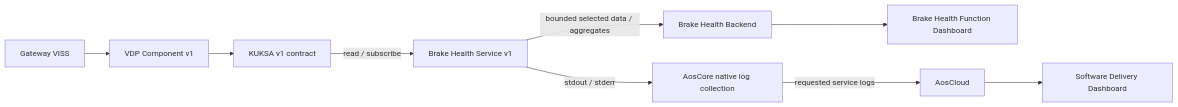
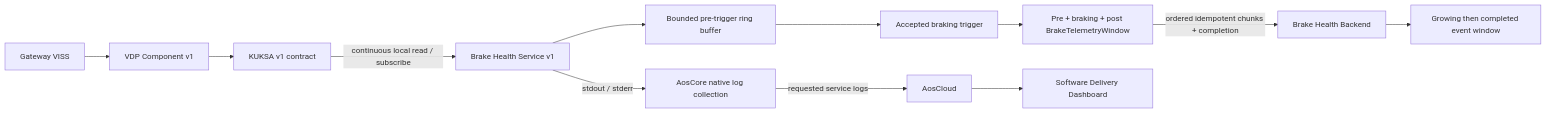
One commit to alexmaninblack/aosedge-sdv-demo changed the tenth of 20 diagrams in docs/architecture/demo-scenario-architecture-flows.md. Above: the diagram before and after it, drawn with Mermaid. The commit also changed other lines of this file and 24 other files, not shown here.

Commit message:
docs: define Brake Health service evolution

````diff
--- a/docs/architecture/demo-scenario-architecture-flows.md
+++ b/docs/architecture/demo-scenario-architecture-flows.md
@@ -581,9 +580,12 @@
 ```mermaid
 flowchart LR
     VISS["Gateway VISS"] --> P1["VDP Component v1"] --> KUKSA["KUKSA v1 contract"]
-    KUKSA -->|"read / subscribe"| S1["Brake Health Service v1"]
-    S1 -->|"bounded selected data / aggregates"| BE["Brake Health Backend"]
-    BE --> BD["Brake Health Function Dashboard"]
+    KUKSA -->|"continuous local read / subscribe"| S1["Brake Health Service v1"]
+    S1 --> RING["Bounded pre-trigger ring buffer"]
+    RING --> TRIGGER["Accepted braking trigger"]
+    TRIGGER --> WINDOW["Pre + braking + post BrakeTelemetryWindow"]
+    WINDOW -->|"ordered idempotent chunks + completion"| BE["Brake Health Backend"]
+    BE --> BD["Growing then completed event window"]
     S1 -->|"stdout / stderr"| NLOG["AosCore native log collection"]
     NLOG -->|"requested service logs"| AC["AosCloud"] --> SW["Software Delivery Dashboard"]
 ```
````
